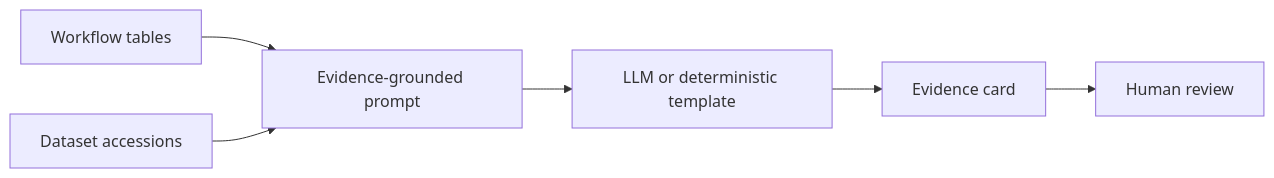
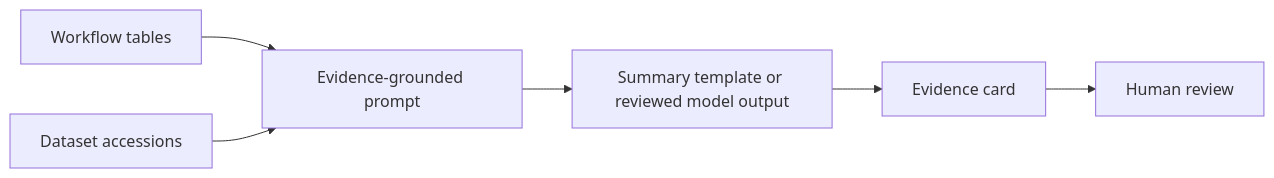
Before and after one commit to Caffeinated-Code/HTS_IL17_Psoriasis: the diagram in docs/llm_evidence_primer.md, drawn with Mermaid. The commit also changed other lines of this file and 25 other files, not shown here.

````diff
--- a/docs/llm_evidence_primer.md
+++ b/docs/llm_evidence_primer.md
@@ -5,8 +5,8 @@
 ```mermaid
 flowchart LR
     A["Workflow tables"] --> B["Evidence-grounded prompt"]
     C["Dataset accessions"] --> B
-    B --> D["LLM or deterministic template"]
+    B --> D["Summary template or reviewed model output"]
     D --> E["Evidence card"]
     E --> F["Human review"]
 ```
````
